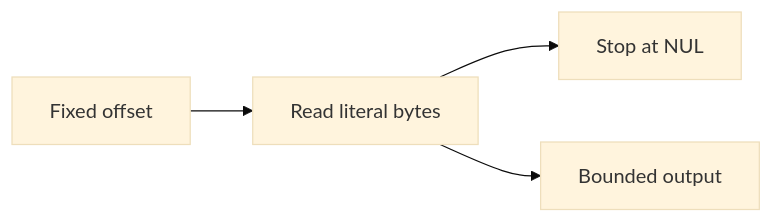
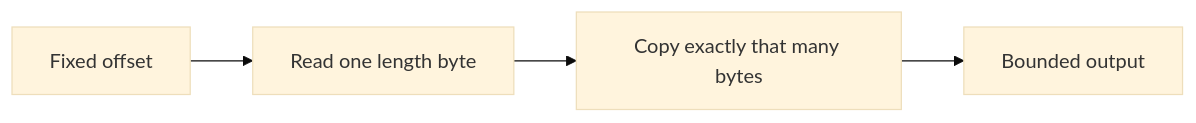
One commit to macchiato-dev/macchiato changed the diagram in dev/microwasm/renderer/05-data.md. Above: the diagram before and after it, drawn with Mermaid (base theme). The commit also changed other lines of this file and 4 other files, not shown here.

Commit message:
Use single-byte length prefixes for Microwasm renderer literals

````diff
--- a/dev/microwasm/renderer/05-data.md
+++ b/dev/microwasm/renderer/05-data.md
@@ -16,6 +21,6 @@
 ```mermaid
 flowchart LR
-    A[Fixed offset] --> B[Read literal bytes]
-    B --> C[Stop at NUL]
-    B --> D[Bounded output]
+    A[Fixed offset] --> B[Read one length byte]
+    B --> C[Copy exactly that many bytes]
+    C --> D[Bounded output]
 ```
````
